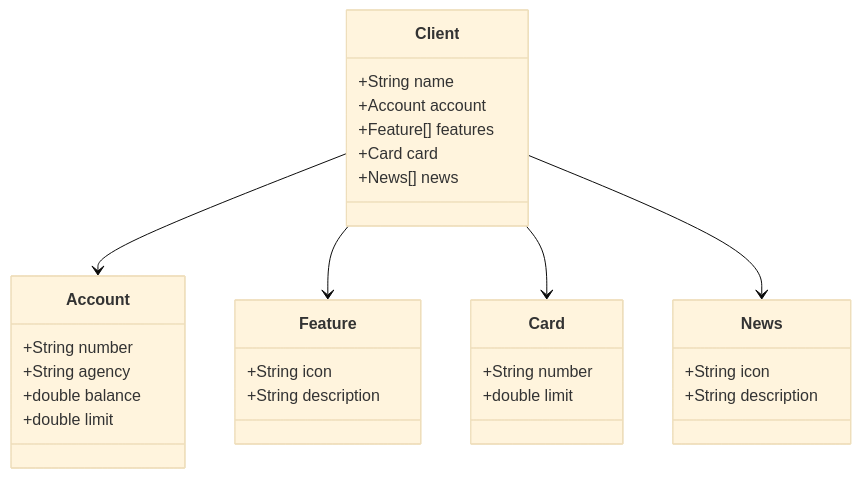
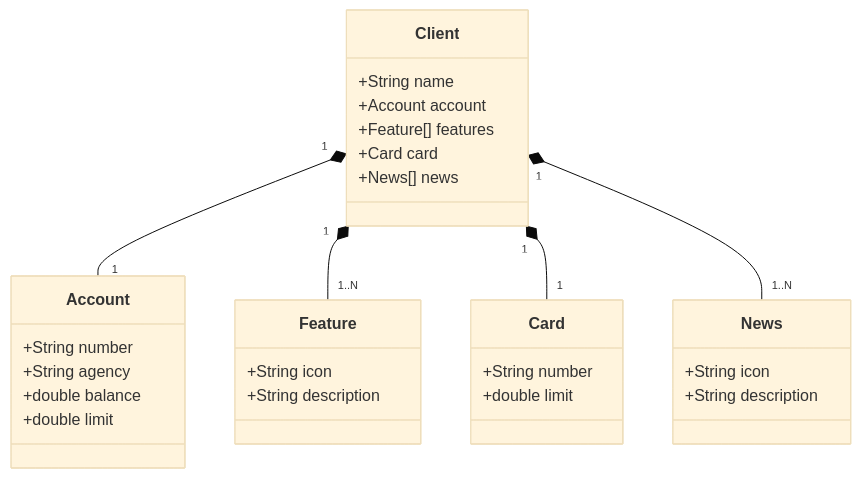
Before and after one commit to jeovanedossantossantos/banco-dev-week: the diagram in README.md, drawn with Mermaid (base theme). The commit also changed other lines of this file and 27 other files, not shown here.

````diff
--- a/README.md
+++ b/README.md
@@ -41,38 +59,38 @@
 ```mermaid
 classDiagram
     class Client {
         +String name
         +Account account
         +Feature[] features
         +Card card
         +News[] news
     }
 
     class Account {
         +String number
         +String agency
         +double balance
         +double limit
     }
 
     class Feature {
         +String icon
         +String description
     }
 
     class Card {
         +String number
         +double limit
     }
 
     class News {
         +String icon
         +String description
     }
 
-    Client --> Account
-    Client --> Feature
-    Client --> Card
-    Client --> News
+    Client "1" *-- "1" Account
+    Client "1" *-- "1..N" Feature
+    Client "1" *-- "1" Card
+    Client "1" *-- "1..N" News
 
 ```
````
